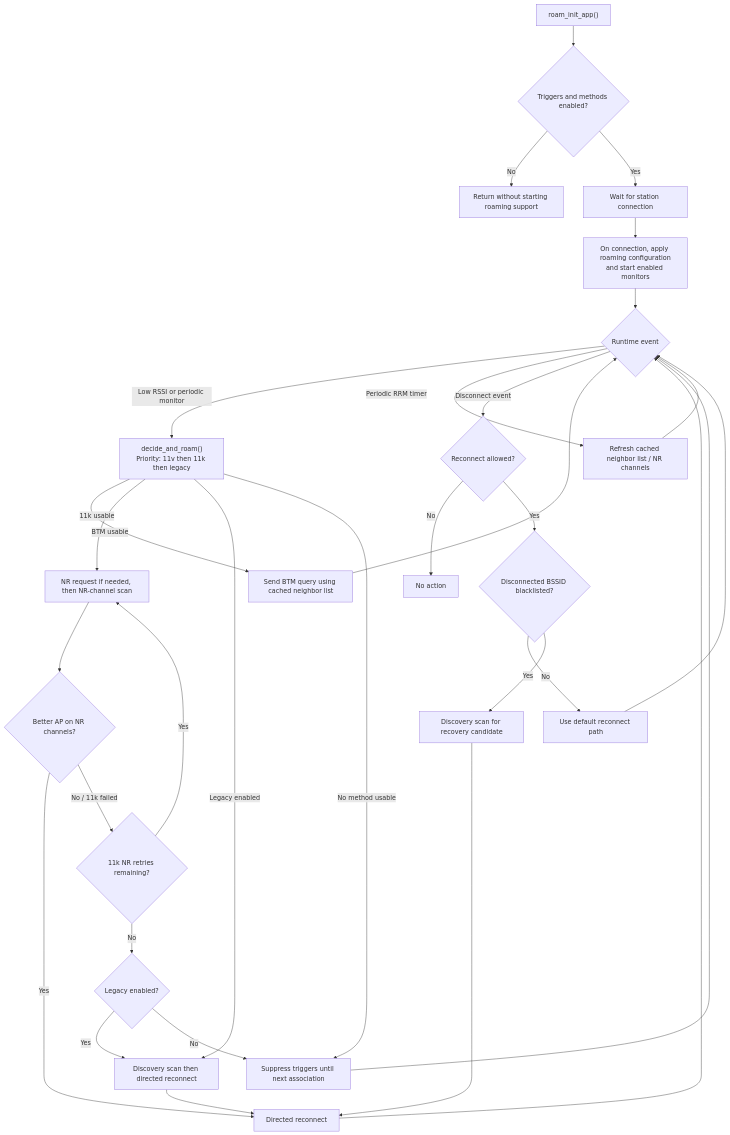
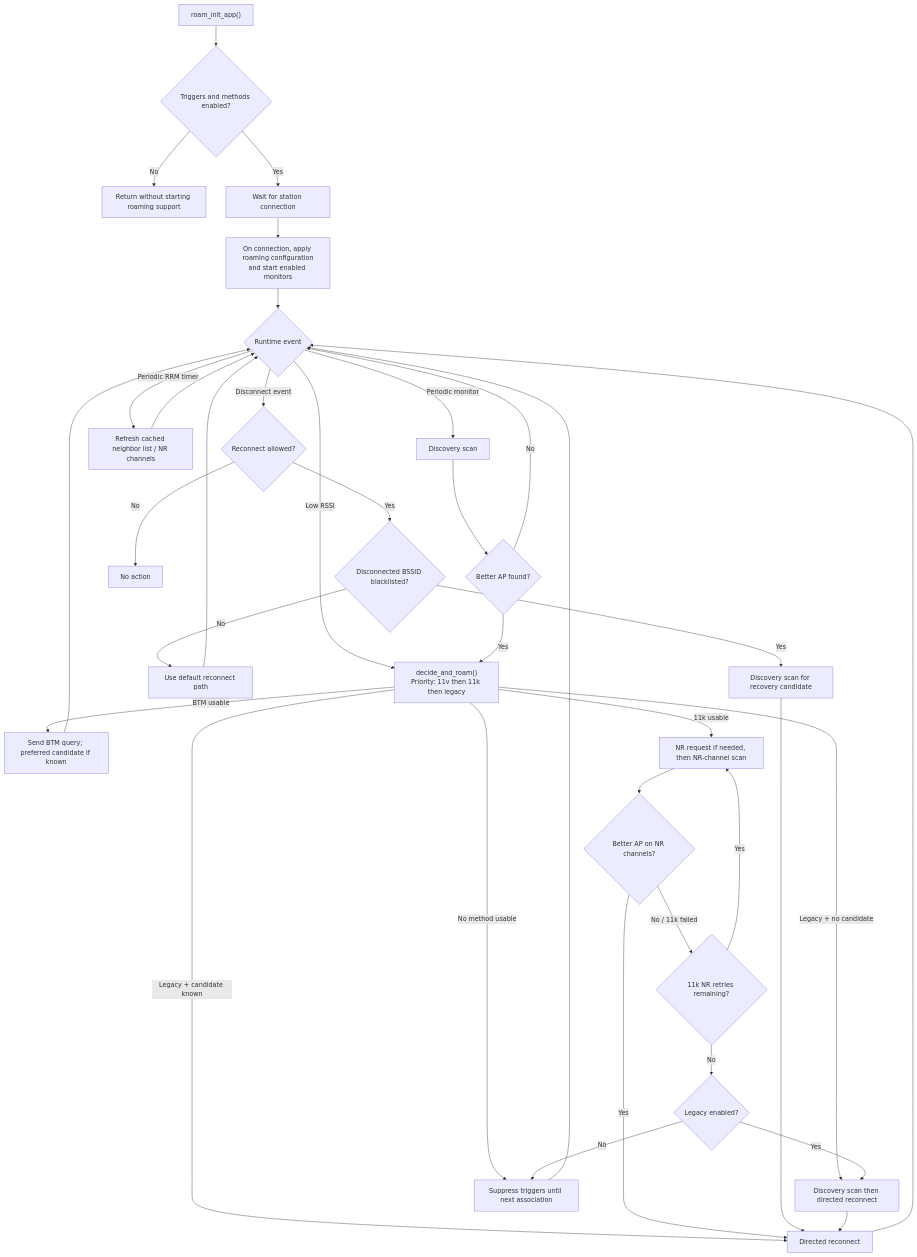
The first of 4 diagrams in components/esp_wifi/wifi_apps/roaming_app/src/ROAMING_FLOW.md (espressif/esp-idf), drawn with Mermaid before and after one commit. The commit also changed other lines of this file and 2 other files, not shown here.

First line of the commit message:
feat(roam): Discovery-first periodic path with shared decide_and_roam

````diff
--- a/components/esp_wifi/wifi_apps/roaming_app/src/ROAMING_FLOW.md
+++ b/components/esp_wifi/wifi_apps/roaming_app/src/ROAMING_FLOW.md
@@ -30,38 +30,43 @@
 ```mermaid
 flowchart TD
     A["roam_init_app()"] --> B{"Triggers and methods enabled?"}
     B -- "No" --> X["Return without starting roaming support"]
     B -- "Yes" --> C["Wait for station connection"]
     C --> D["On connection, apply roaming configuration<br/>and start enabled monitors"]
 
     D --> E{"Runtime event"}
-    E -- "Low RSSI or periodic monitor" --> Decide["decide_and_roam()<br/>Priority: 11v then 11k then legacy"]
+    E -- "Low RSSI" --> Decide["decide_and_roam()<br/>Priority: 11v then 11k then legacy"]
+    E -- "Periodic monitor" --> PerDisc["Discovery scan"]
+    PerDisc --> Better{"Better AP found?"}
+    Better -- "No" --> E
+    Better -- "Yes" --> Decide
     E -- "Periodic RRM timer" --> G["Refresh cached neighbor list / NR channels"]
     G --> E
     E -- "Disconnect event" --> H{"Reconnect allowed?"}
     H -- "No" --> I["No action"]
     H -- "Yes" --> J{"Disconnected BSSID blacklisted?"}
     J -- "No" --> K["Use default reconnect path"]
     J -- "Yes" --> DiscScan["Discovery scan for recovery candidate"]
 
-    Decide -- "BTM usable" --> S["Send BTM query using cached neighbor list"]
+    Decide -- "BTM usable" --> S["Send BTM query; preferred candidate if known"]
     Decide -- "11k usable" --> S11k["NR request if needed, then NR-channel scan"]
-    Decide -- "Legacy enabled" --> LegScan["Discovery scan then directed reconnect"]
+    Decide -- "Legacy + candidate known" --> T["Directed reconnect"]
+    Decide -- "Legacy + no candidate" --> LegScan["Discovery scan then directed reconnect"]
     Decide -- "No method usable" --> U["Suppress triggers until next association"]
 
     S11k --> Found11k{"Better AP on NR channels?"}
-    Found11k -- "Yes" --> T["Directed reconnect"]
+    Found11k -- "Yes" --> T
     Found11k -- "No / 11k failed" --> Retry11k{"11k NR retries remaining?"}
     Retry11k -- "Yes" --> S11k
     Retry11k -- "No" --> LegOrStop{"Legacy enabled?"}
     LegOrStop -- "Yes" --> LegScan
     LegOrStop -- "No" --> U
 
     DiscScan --> T
     LegScan --> T
 
     S --> E
     T --> E
     K --> E
     U --> E
 ```
````
